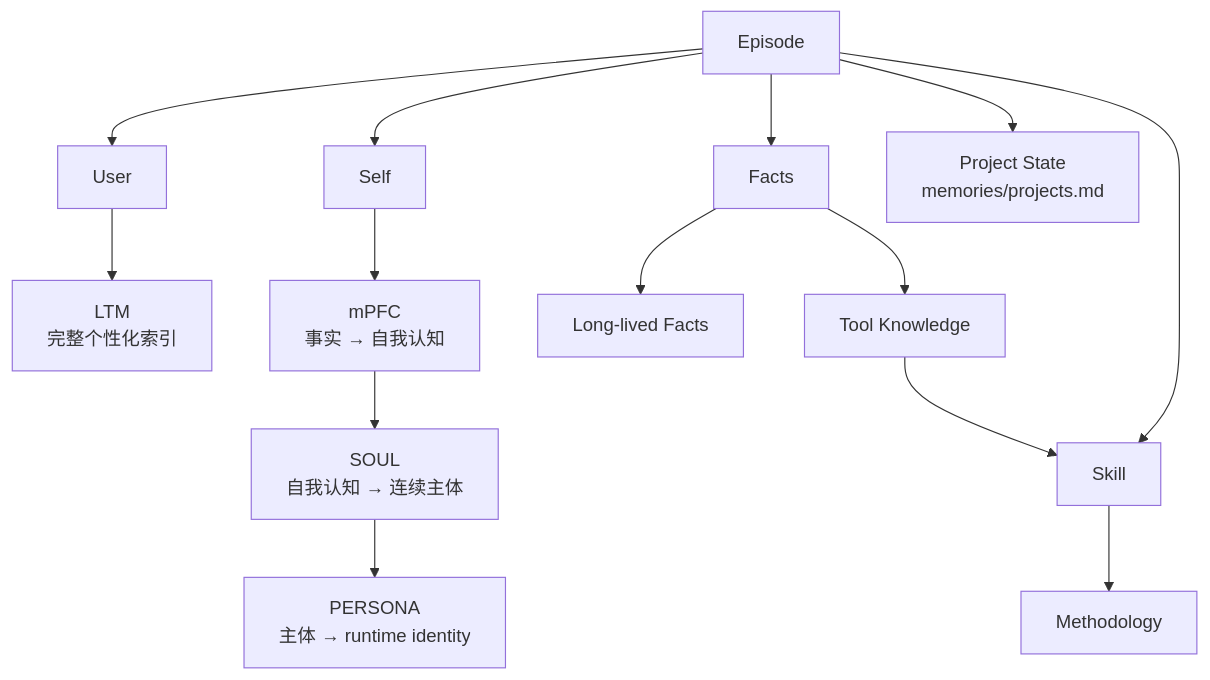
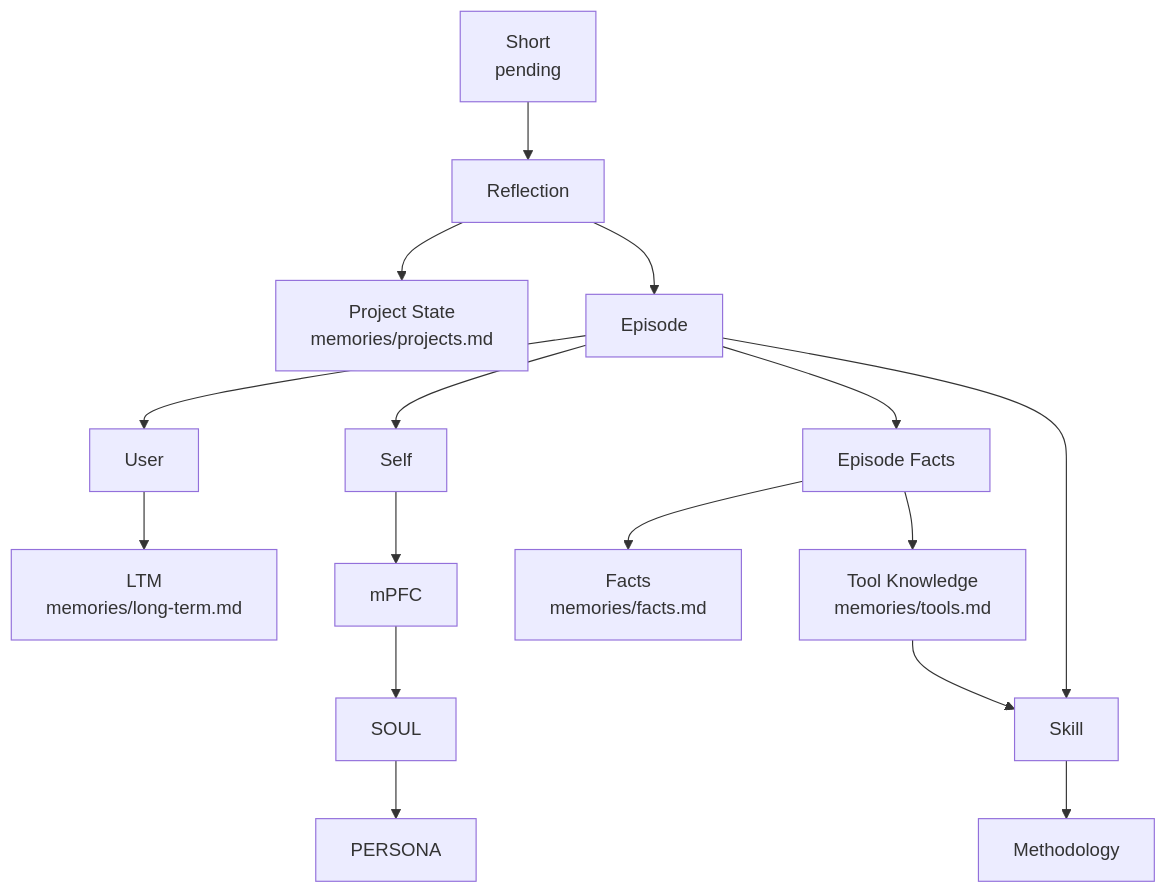
The third of 4 diagrams in docs/data-flow.md (Ri0n72Y/agent-identity-cycle), drawn with Mermaid before and after one commit. The commit also changed other lines of this file and 16 other files, not shown here.

First line of the commit message:
feat: split short-memory appending from reflection

````diff
--- a/docs/data-flow.md
+++ b/docs/data-flow.md
@@ -51,30 +73,34 @@
 ```mermaid
 flowchart TB
+    S[Short\npending]
+    R[Reflection]
+    PS[Project State\nmemories/projects.md]
     E[Episode]
     U[User]
-    S[Self]
-    F[Facts]
-    L[LTM\n完整个性化索引]
-    PS[Project State\nmemories/projects.md]
-    M[mPFC\n事实 → 自我认知]
-    SO[SOUL\n自我认知 → 连续主体]
-    PE[PERSONA\n主体 → runtime identity]
-    FK[Long-lived Facts]
-    TK[Tool Knowledge]
+    SE[Self]
+    F[Episode Facts]
+    L[LTM\nmemories/long-term.md]
+    FK[Facts\nmemories/facts.md]
+    TK[Tool Knowledge\nmemories/tools.md]
+    M[mPFC]
+    SO[SOUL]
+    PE[PERSONA]
     SK[Skill]
     ME[Methodology]
 
+    S --> R
+    R --> PS
+    R --> E
     E --> U
-    E --> S
+    E --> SE
     E --> F
     U --> L
-    E --> PS
-    S --> M
+    F --> FK
+    F --> TK
+    SE --> M
     M --> SO
     SO --> PE
-    F --> FK
-    F --> TK
     TK --> SK
     E --> SK
     SK --> ME
 ```
````
